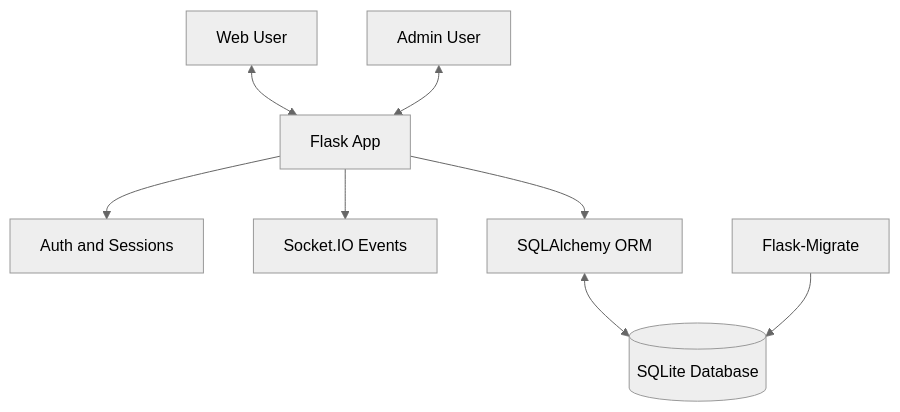
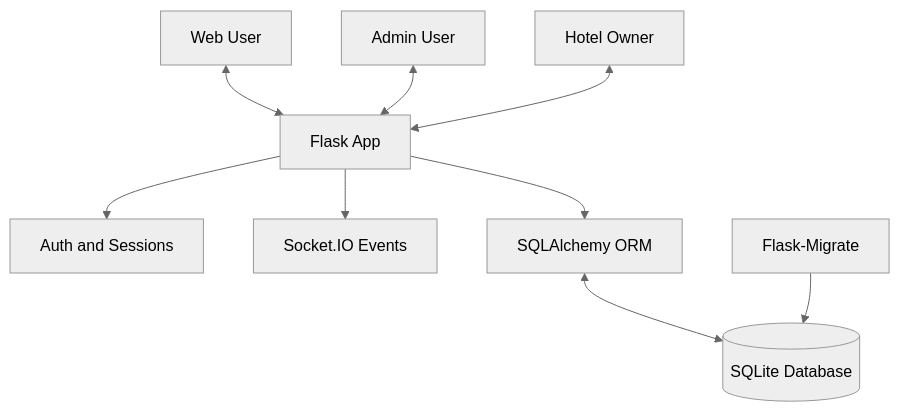
One commit to avishek-sarkar/MealMate changed the first of 2 diagrams in README.md. Above: the diagram before and after it, drawn with Mermaid (neutral theme). The commit also changed other lines of this file and 1 other file, not shown here.

````diff
--- a/README.md
+++ b/README.md
@@ -37,10 +37,11 @@
 ```mermaid
 graph TD
     User[Web User] <--> Web[Flask App]
     Admin[Admin User] <--> Web
+    Hotel[Hotel Owner] <--> Web
     Web --> Auth[Auth and Sessions]
     Web --> Realtime[Socket.IO Events]
     Web --> ORM[SQLAlchemy ORM]
     ORM <--> DB[(SQLite Database)]
     Migrate[Flask-Migrate] --> DB
 ```
````
